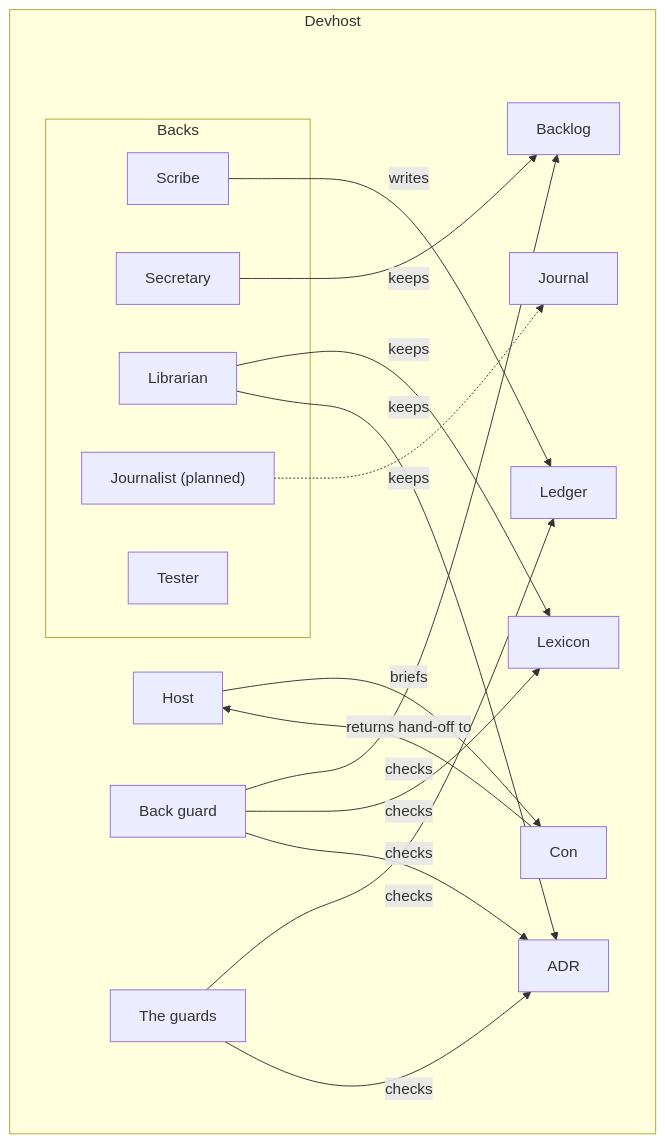
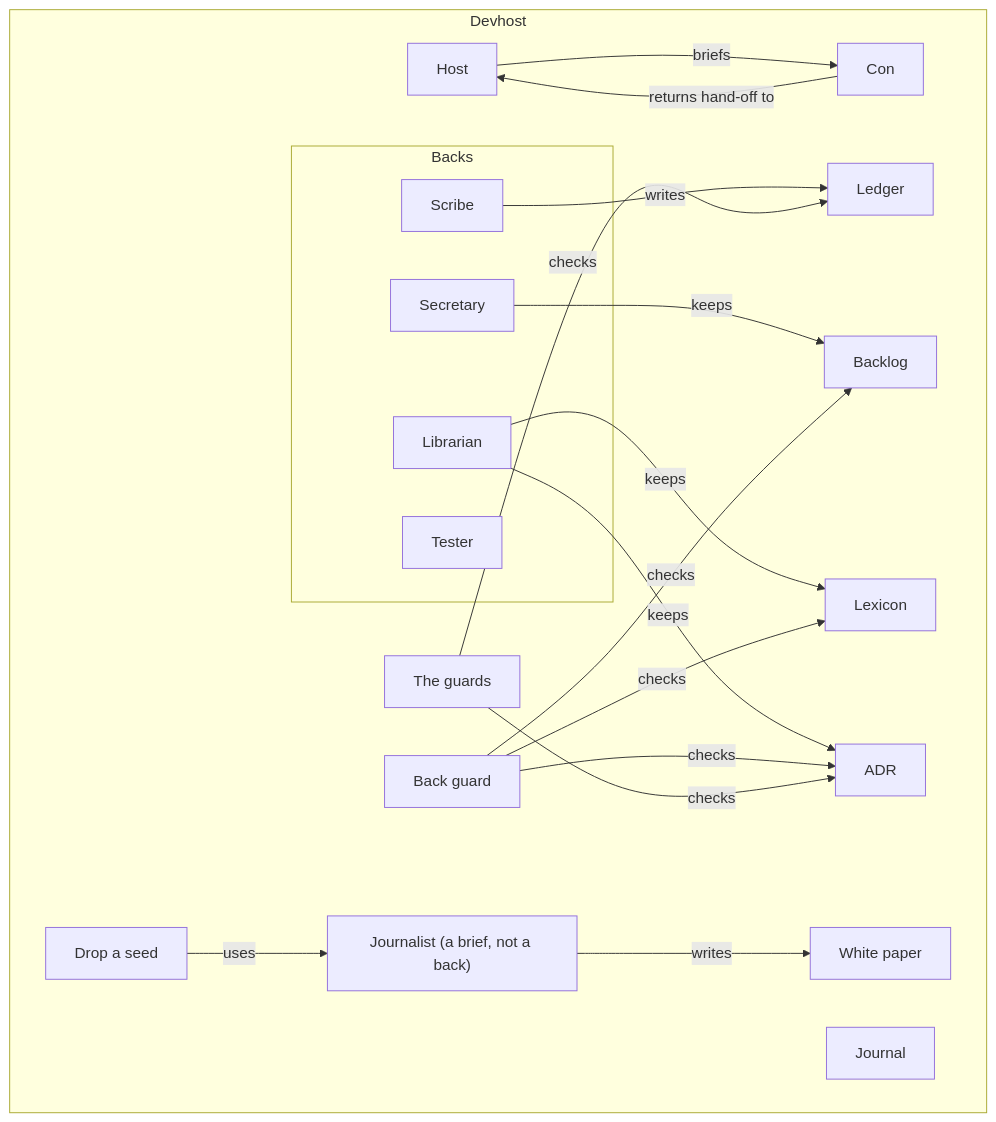
Before and after one commit to nabil-becker/devcontainer-features: the diagram in docs/model/c4-container.md, drawn with Mermaid. The commit also changed 20 other files, not shown here.

````diff
--- a/docs/model/c4-container.md
+++ b/docs/model/c4-container.md
@@ -7,33 +7,36 @@
 ```mermaid
 flowchart TB
   subgraph devhost["Devhost"]
     host["Host"]
     con["Con"]
     subgraph back["Backs"]
       scribe["Scribe"]
       secretary["Secretary"]
       librarian["Librarian"]
       tester["Tester"]
-      journalist["Journalist (planned)"]
     end
     guard["Back guard"]
     guards["The guards"]
     ledger["Ledger"]
     backlog["Backlog"]
     lexicon["Lexicon"]
     adr["ADR"]
     journal["Journal"]
+    drop-a-seed["Drop a seed"]
+    journalist["Journalist (a brief, not a back)"]
+    white-paper["White paper"]
   end
   host -->|briefs| con
   con -->|returns hand-off to| host
   scribe -->|writes| ledger
   secretary -->|keeps| backlog
   librarian -->|keeps| lexicon
   librarian -->|keeps| adr
-  journalist -.->|keeps| journal
+  drop-a-seed -->|uses| journalist
+  journalist -->|writes| white-paper
   guard -->|checks| backlog
   guard -->|checks| lexicon
   guard -->|checks| adr
   guards -->|checks| ledger
   guards -->|checks| adr
 ```
````
